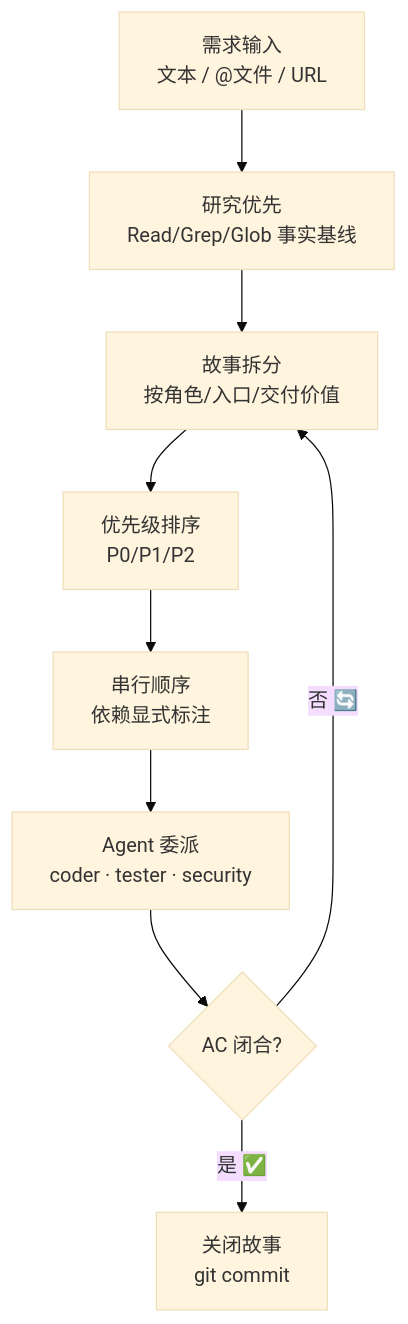
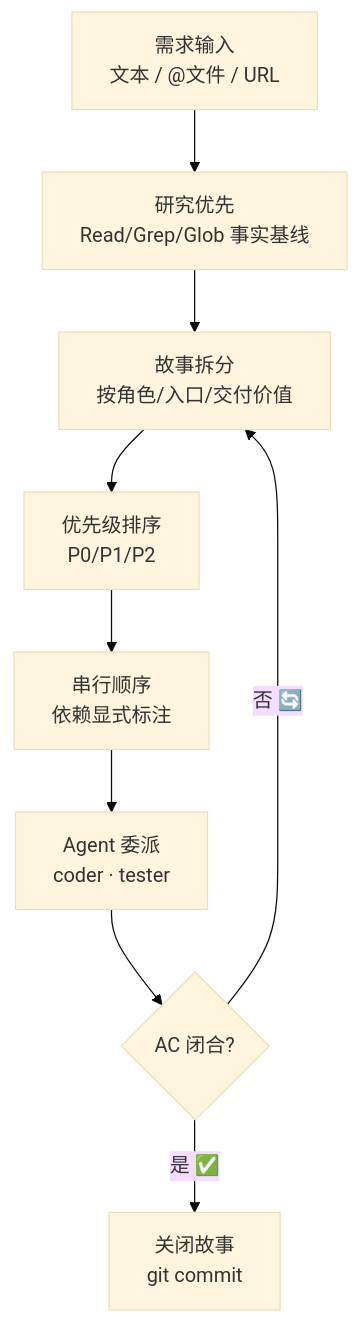
The first of 5 diagrams in agents/pm.md (effiy/YrY), drawn with Mermaid (base theme) before and after one commit. The commit also changed other lines of this file and 91 other files, not shown here.

````diff
--- a/agents/pm.md
+++ b/agents/pm.md
@@ -15,12 +15,12 @@
 ```mermaid
 flowchart TB
     REQ["需求输入<br/>文本 / @文件 / URL"]:::src --> RS["研究优先<br/>Read/Grep/Glob 事实基线"]:::rs
     RS --> SPLIT["故事拆分<br/>按角色/入口/交付价值"]:::pm
     SPLIT --> PRI["优先级排序<br/>P0/P1/P2"]:::pm
     PRI --> SEQ["串行顺序<br/>依赖显式标注"]:::pm
-    SEQ --> DEL["Agent 委派<br/>coder · tester · security"]:::pm
+    SEQ --> DEL["Agent 委派<br/>coder · tester"]:::pm
     DEL --> AC{"AC 闭合?"}
     AC -->|"否 🔄"| SPLIT
     AC -->|"是 ✅"| CLOSE["关闭故事<br/>git commit"]:::done
 
 ```
````
